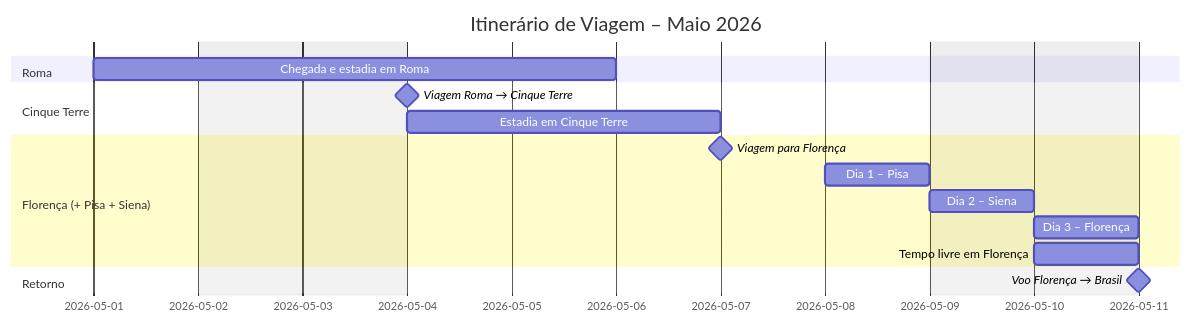
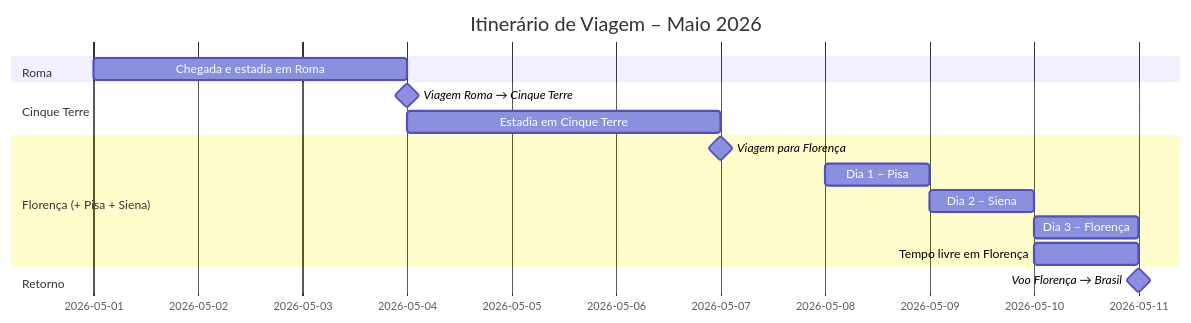
Before and after one commit to paulovcastagnari/planejamento-viagem-2026: the first of 2 diagrams in README.md, drawn with Mermaid.

````diff
--- a/README.md
+++ b/README.md
@@ -21,23 +21,22 @@
 ```mermaid
 gantt
     dateFormat  YYYY-MM-DD
     title Itinerário de Viagem – Maio 2026
-    excludes weekends
 
     section Roma
     Chegada e estadia em Roma     :2026-05-01, 3d
 
     section Cinque Terre
     Viagem Roma → Cinque Terre   :milestone, ct_arrive, 2026-05-04, 0d
     Estadia em Cinque Terre      :2026-05-04, 3d
 
     section Florença (+ Pisa + Siena)
     Viagem para Florença         :milestone, fl_arrive, 2026-05-07, 0d
     Dia 1 – Pisa                 :2026-05-08, 1d
     Dia 2 – Siena                :2026-05-09, 1d
     Dia 3 – Florença             :2026-05-10, 1d
     Tempo livre em Florença      :2026-05-10, 1d
 
     section Retorno
     Voo Florença → Brasil        :milestone, return_bra, 2026-05-11, 0d
 ```
````
